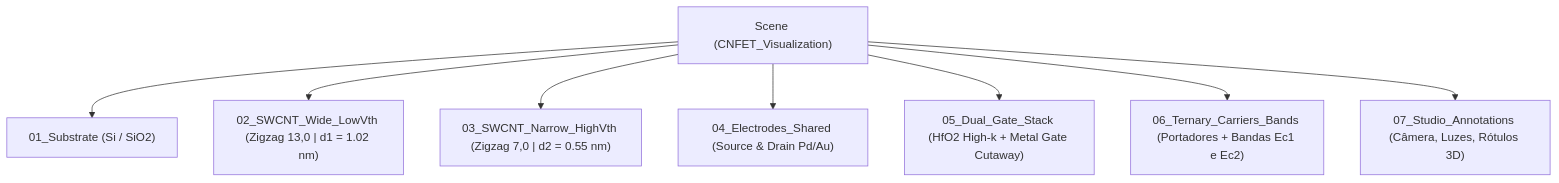
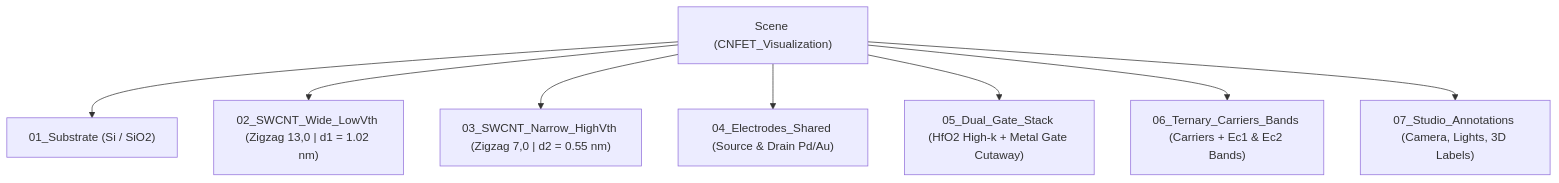
Before and after one commit to Tryquetra/ternary-cnfet-3d: the diagram in docs/plan.md, drawn with Mermaid. The commit also changed other lines of this file and 2 other files, not shown here.

````diff
--- a/docs/plan.md
+++ b/docs/plan.md
@@ -11,10 +11,10 @@
 ```mermaid
 flowchart TD
     Root["Scene (CNFET_Visualization)"] --> C1["01_Substrate (Si / SiO2)"]
     Root --> C2["02_SWCNT_Wide_LowVth (Zigzag 13,0 | d1 = 1.02 nm)"]
     Root --> C3["03_SWCNT_Narrow_HighVth (Zigzag 7,0 | d2 = 0.55 nm)"]
     Root --> C4["04_Electrodes_Shared (Source & Drain Pd/Au)"]
     Root --> C5["05_Dual_Gate_Stack (HfO2 High-k + Metal Gate Cutaway)"]
-    Root --> C6["06_Ternary_Carriers_Bands (Portadores + Bandas Ec1 e Ec2)"]
-    Root --> C7["07_Studio_Annotations (Câmera, Luzes, Rótulos 3D)"]
+    Root --> C6["06_Ternary_Carriers_Bands (Carriers + Ec1 & Ec2 Bands)"]
+    Root --> C7["07_Studio_Annotations (Camera, Lights, 3D Labels)"]
 ```
````
